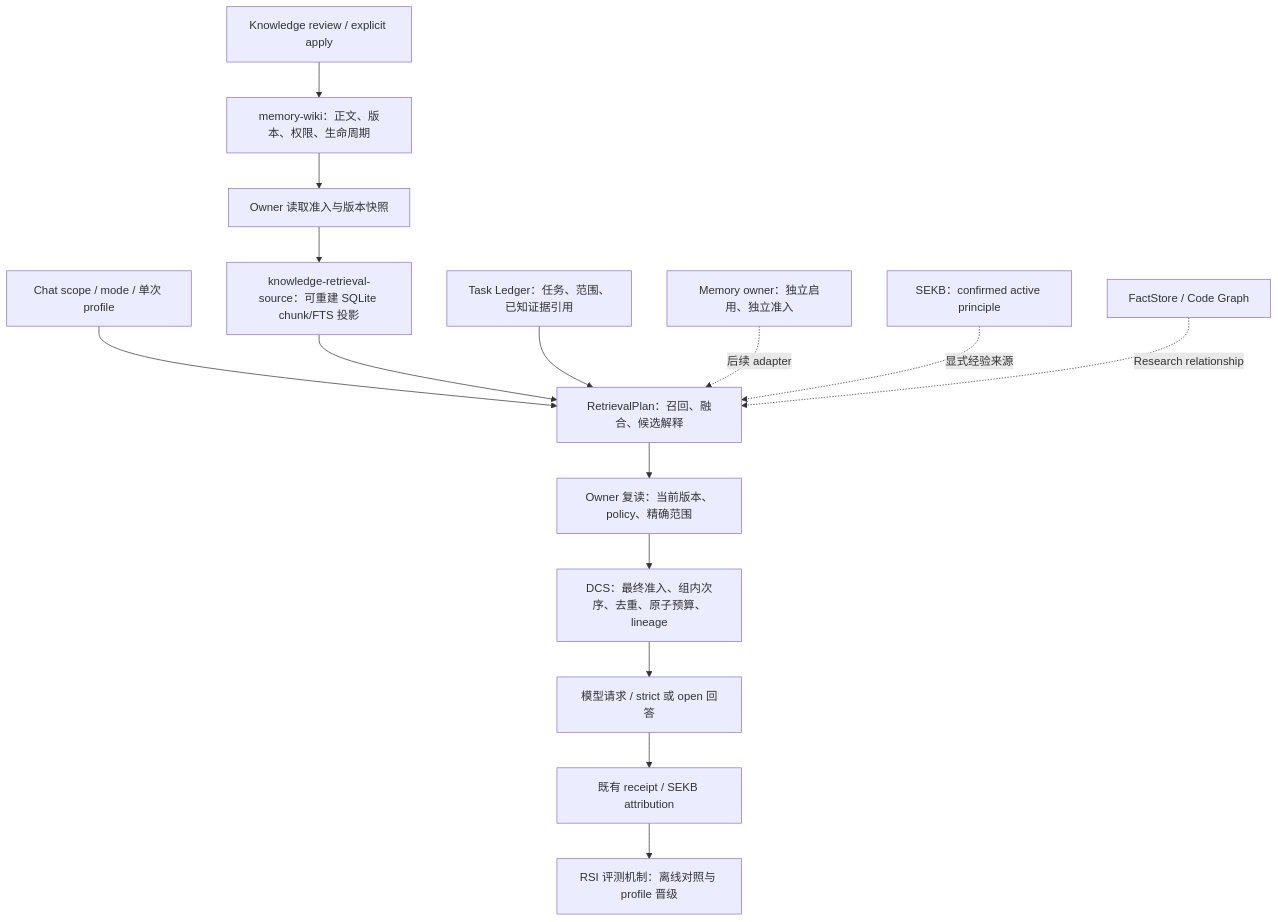
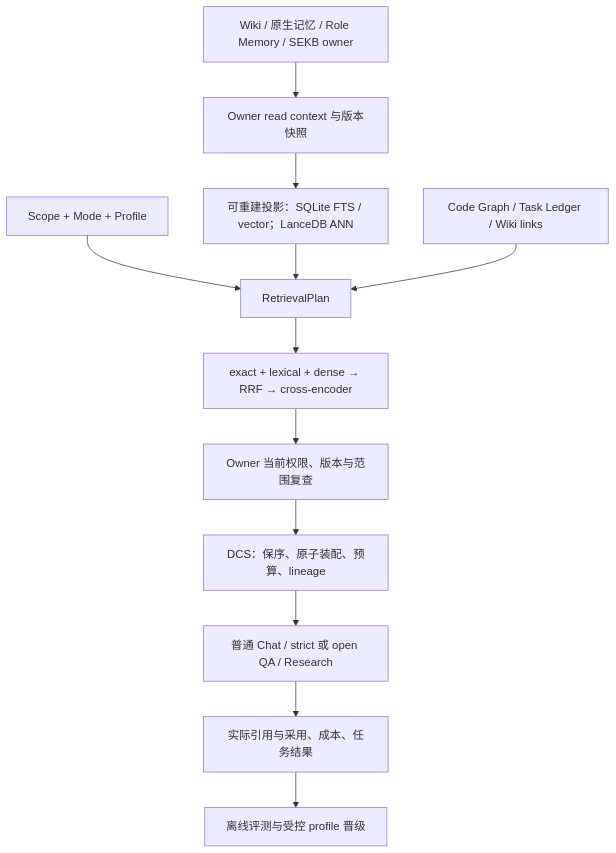
Before and after one commit to Baixu22/VerseClaw: the diagram in docs/dev/adr/2026-11-09-project-rag-retrieval-plane.md, drawn with Mermaid. The commit also changed other lines of this file and 37 other files, not shown here.

```diff
--- a/docs/dev/adr/2026-11-09-project-rag-retrieval-plane.md
+++ b/docs/dev/adr/2026-11-09-project-rag-retrieval-plane.md
@@ -88,17 +63,14 @@
 ~~~mermaid
 flowchart TD
-  G["Knowledge review / explicit apply"] --> W["memory-wiki：正文、版本、权限、生命周期"]
-  W --> A["Owner 读取准入与版本快照"]
-  A --> P["knowledge-retrieval-source：可重建 SQLite chunk/FTS 投影"]
-  U["Chat scope / mode / 单次 profile"] --> R["RetrievalPlan：召回、融合、候选解释"]
-  P --> R
-  T["Task Ledger：任务、范围、已知证据引用"] --> R
-  M["Memory owner：独立启用、独立准入"] -. "后续 adapter" .-> R
-  S["SEKB：confirmed active principle"] -. "显式经验来源" .-> R
-  C["FactStore / Code Graph"] -. "Research relationship" .-> R
-  R --> V["Owner 复读：当前版本、policy、精确范围"]
-  V --> D["DCS：最终准入、组内次序、去重、原子预算、lineage"]
-  D --> Q["模型请求 / strict 或 open 回答"]
-  Q --> O["既有 receipt / SEKB attribution"]
-  O --> E["RSI 评测机制：离线对照与 profile 晋级"]
+  W["Wiki / 原生记忆 / Role Memory / SEKB owner"] --> A["Owner read context 与版本快照"]
+  A --> I["可重建投影：SQLite FTS / vector；LanceDB ANN"]
+  U["Scope + Mode + Profile"] --> P["RetrievalPlan"]
+  I --> P
+  G["Code Graph / Task Ledger / Wiki links"] --> P
+  P --> F["exact + lexical + dense → RRF → cross-encoder"]
+  F --> R["Owner 当前权限、版本与范围复查"]
+  R --> D["DCS：保序、原子装配、预算、lineage"]
+  D --> M["普通 Chat / strict 或 open QA / Research"]
+  M --> E["实际引用与采用、成本、任务结果"]
+  E --> V["离线评测与受控 profile 晋级"]
 ~~~
```
